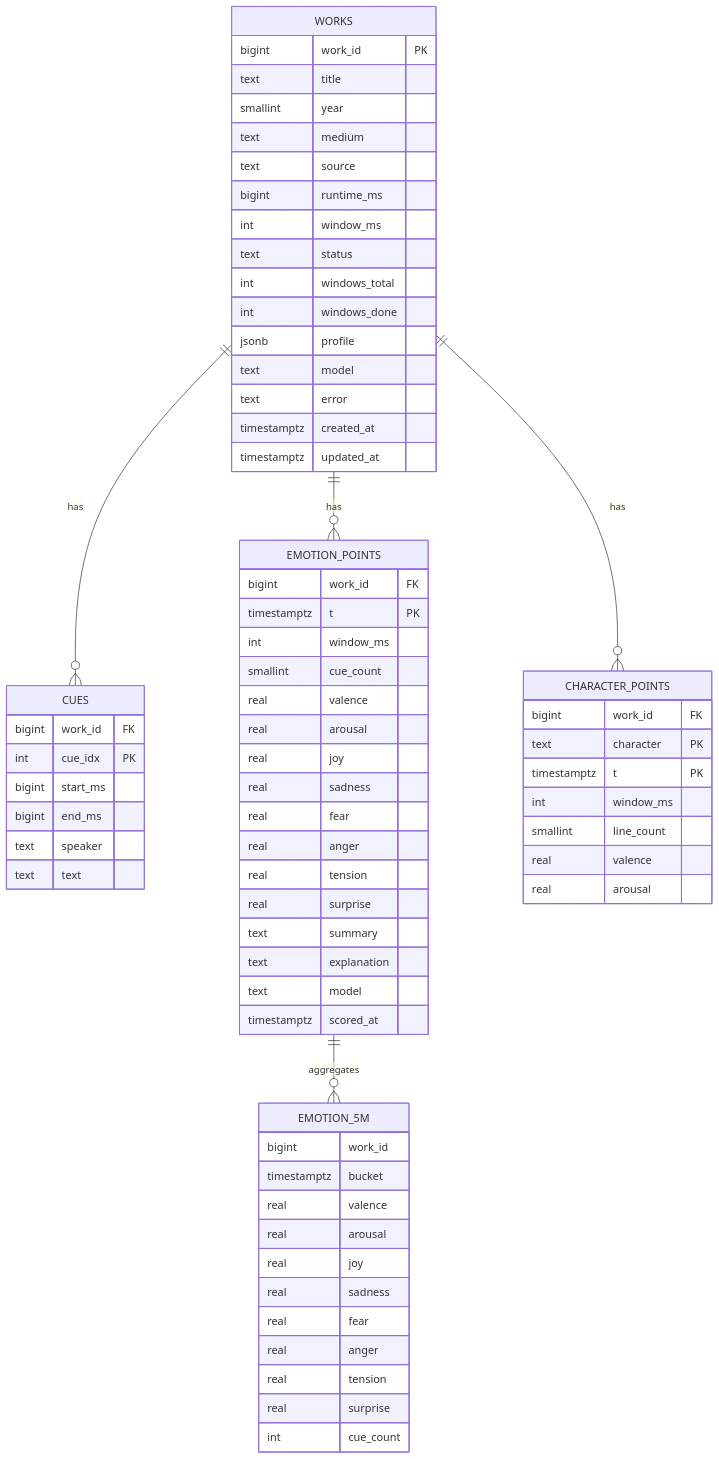
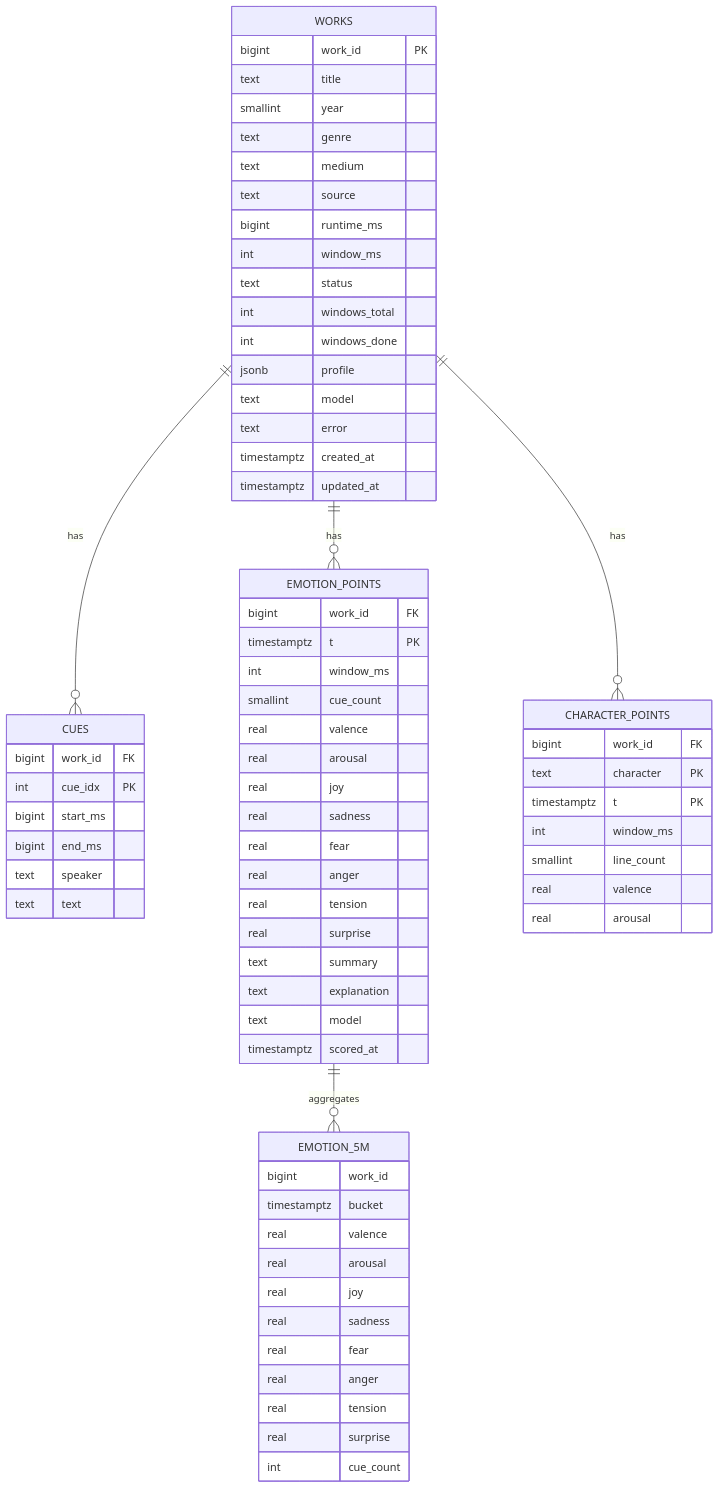
Before and after one commit to Fseech/Moodie: the diagram in SCHEMA.md, drawn with Mermaid. The commit also changed other lines of this file and 1 other file, not shown here.

````diff
--- a/SCHEMA.md
+++ b/SCHEMA.md
@@ -8,77 +8,78 @@
 ```mermaid
 erDiagram
     WORKS ||--o{ CUES : has
     WORKS ||--o{ EMOTION_POINTS : has
     WORKS ||--o{ CHARACTER_POINTS : has
     EMOTION_POINTS ||--o{ EMOTION_5M : aggregates
 
     WORKS {
         bigint work_id PK
         text title
         smallint year
+        text genre
         text medium
         text source
         bigint runtime_ms
         int window_ms
         text status
         int windows_total
         int windows_done
         jsonb profile
         text model
         text error
         timestamptz created_at
         timestamptz updated_at
     }
 
     CUES {
         bigint work_id FK
         int cue_idx PK
         bigint start_ms
         bigint end_ms
         text speaker
         text text
     }
 
     EMOTION_POINTS {
         bigint work_id FK
         timestamptz t PK
         int window_ms
         smallint cue_count
         real valence
         real arousal
         real joy
         real sadness
         real fear
         real anger
         real tension
         real surprise
         text summary
         text explanation
         text model
         timestamptz scored_at
     }
 
     CHARACTER_POINTS {
         bigint work_id FK
         text character PK
         timestamptz t PK
         int window_ms
         smallint line_count
         real valence
         real arousal
     }
 
     EMOTION_5M {
         bigint work_id
         timestamptz bucket
         real valence
         real arousal
         real joy
         real sadness
         real fear
         real anger
         real tension
         real surprise
         int cue_count
     }
 ```
````
